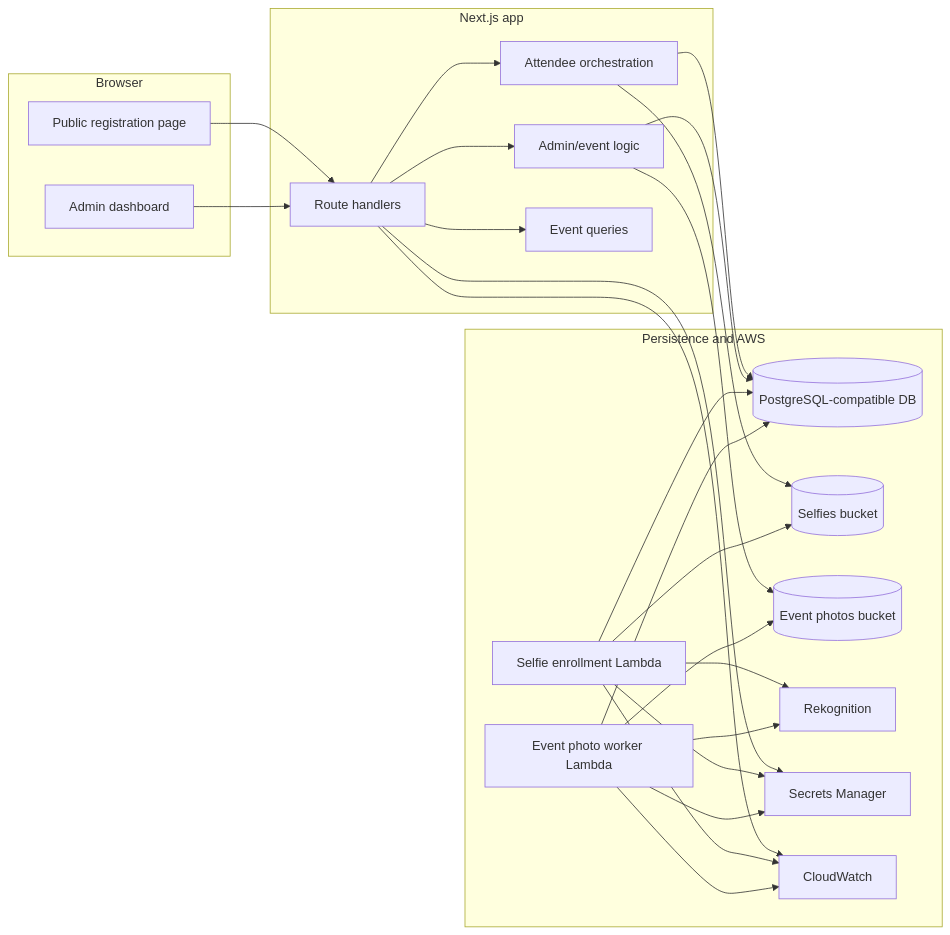
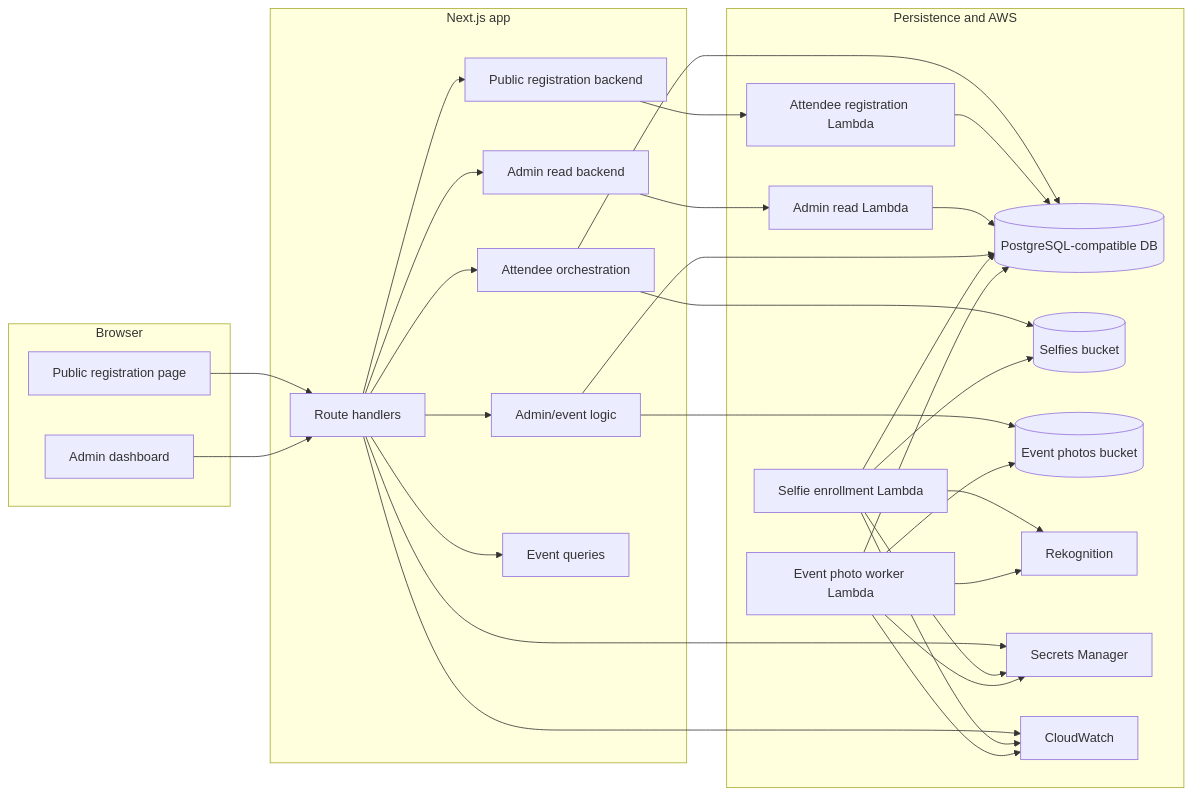
One commit to anyulled/FaceLocator changed the third of 7 diagrams in README.md. Above: the diagram before and after it, drawn with Mermaid. The commit also changed other lines of this file and 8 other files, not shown here.

````diff
--- a/README.md
+++ b/README.md
@@ -88,47 +102,57 @@
 ```mermaid
 flowchart LR
   subgraph Browser
     publicPage["Public registration page"]
     adminPage["Admin dashboard"]
   end
 
   subgraph NextJS["Next.js app"]
     routes["Route handlers"]
+    publicBackend["Public registration backend"]
+    adminBackend["Admin read backend"]
     attendeeLib["Attendee orchestration"]
     adminLib["Admin/event logic"]
     eventQueries["Event queries"]
   end
 
   subgraph Data["Persistence and AWS"]
     db[(PostgreSQL-compatible DB)]
     s3Selfies[(Selfies bucket)]
     s3Photos[(Event photos bucket)]
     lambdaEnroll["Selfie enrollment Lambda"]
+    lambdaAttendee["Attendee registration Lambda"]
+    lambdaAdmin["Admin read Lambda"]
     lambdaPhotos["Event photo worker Lambda"]
     rekognition["Rekognition"]
     secrets["Secrets Manager"]
     cloudwatch["CloudWatch"]
   end
 
   publicPage --> routes
   adminPage --> routes
+  routes --> publicBackend
+  routes --> adminBackend
   routes --> attendeeLib
   routes --> adminLib
   routes --> eventQueries
   attendeeLib --> db
   attendeeLib --> s3Selfies
+  publicBackend --> lambdaAttendee
+  adminBackend --> lambdaAdmin
+  lambdaAttendee --> db
+  lambdaAdmin --> db
   adminLib --> db
   adminLib --> s3Photos
   lambdaEnroll --> s3Selfies
   lambdaEnroll --> rekognition
   lambdaEnroll --> db
   lambdaPhotos --> s3Photos
   lambdaPhotos --> rekognition
   lambdaPhotos --> db
   routes --> cloudwatch
   lambdaEnroll --> cloudwatch
   lambdaPhotos --> cloudwatch
   routes --> secrets
   lambdaEnroll --> secrets
   lambdaPhotos --> secrets
 ```
````
